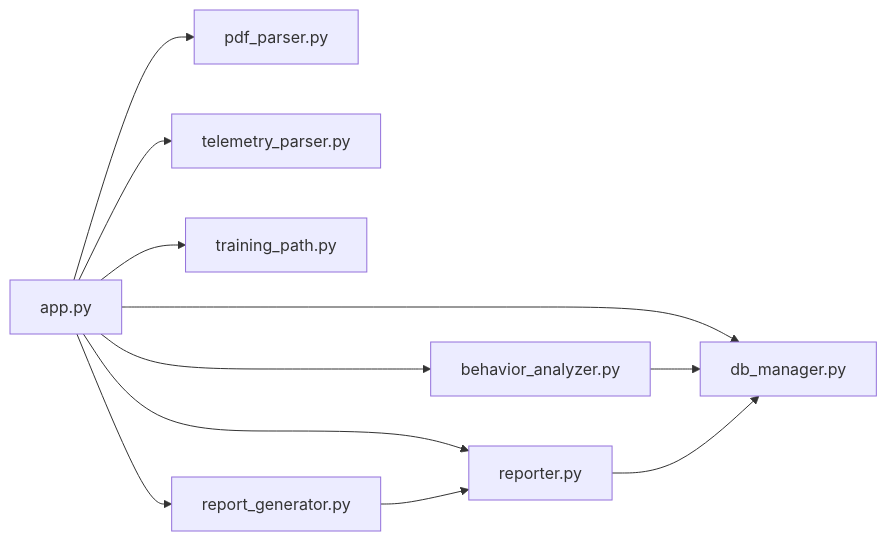
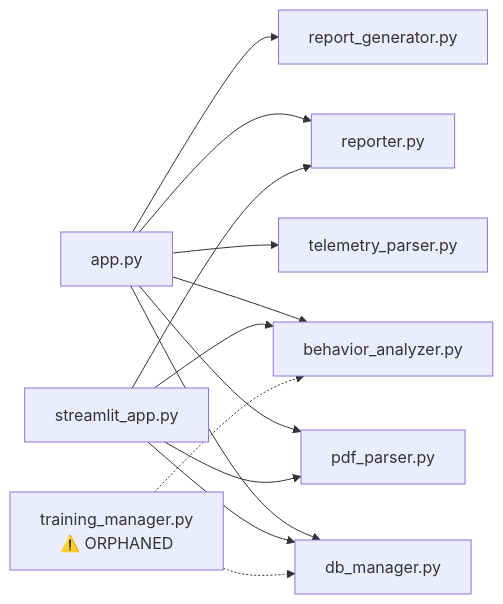
The ninth of 9 diagrams in .qoder/repowiki/en/content/Core Processing Engine/Training Management.md (AgusCatra/Proyecto-titan.v2), drawn with Mermaid before and after one commit. The commit also changed other lines of this file and 36 other files, not shown here.

````diff
--- a/.qoder/repowiki/en/content/Core Processing Engine/Training Management.md
+++ b/.qoder/repowiki/en/content/Core Processing Engine/Training Management.md
@@ -325,13 +375,15 @@
 ```mermaid
 graph LR
 App["app.py"] --> Parser["pdf_parser.py"]
 App --> Telemetry["telemetry_parser.py"]
 App --> DBMgr["db_manager.py"]
 App --> Analyzer["behavior_analyzer.py"]
-App --> Path["training_path.py"]
 App --> Reporter["reporter.py"]
 App --> ReportGen["report_generator.py"]
-Analyzer --> DBMgr
-Reporter --> DBMgr
-ReportGen --> Reporter
+Streamlit["streamlit_app.py"] --> Parser
+Streamlit --> DBMgr
+Streamlit --> Reporter
+Streamlit --> Analyzer
+TrainingManager["training_manager.py<br/>⚠️ ORPHANED"] -.-> DBMgr
+TrainingManager -.-> Analyzer
 ```
````
